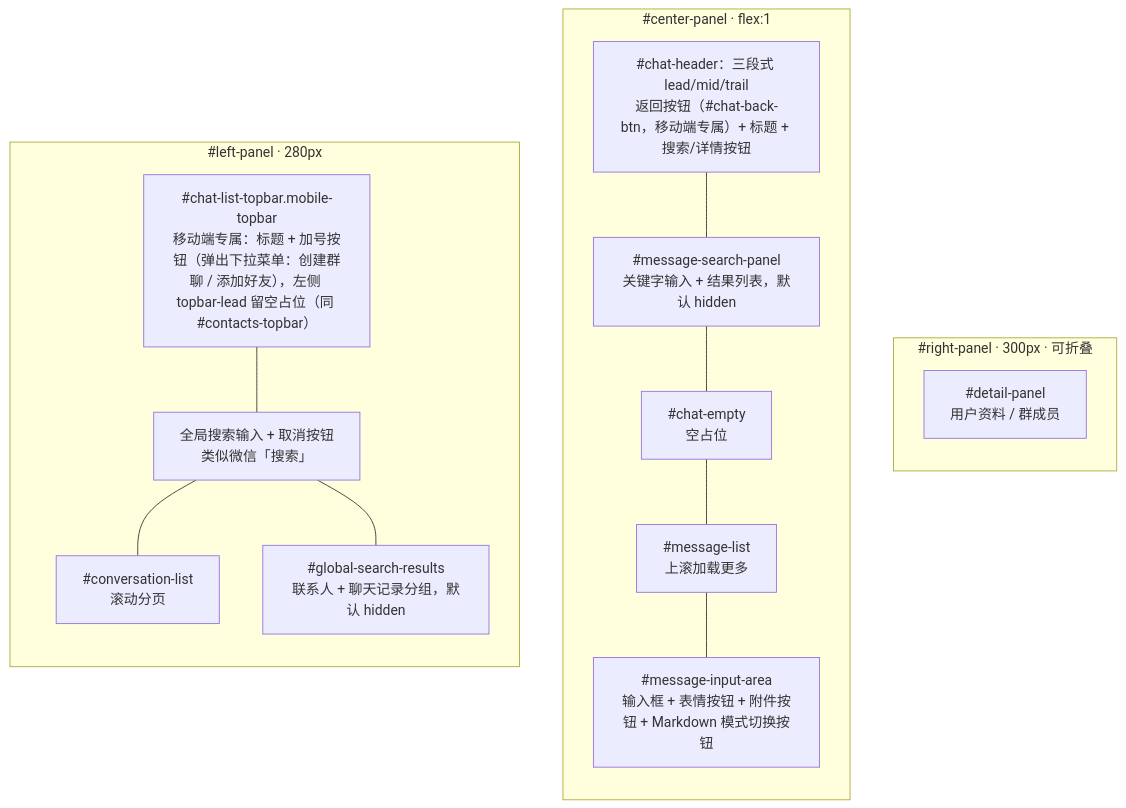
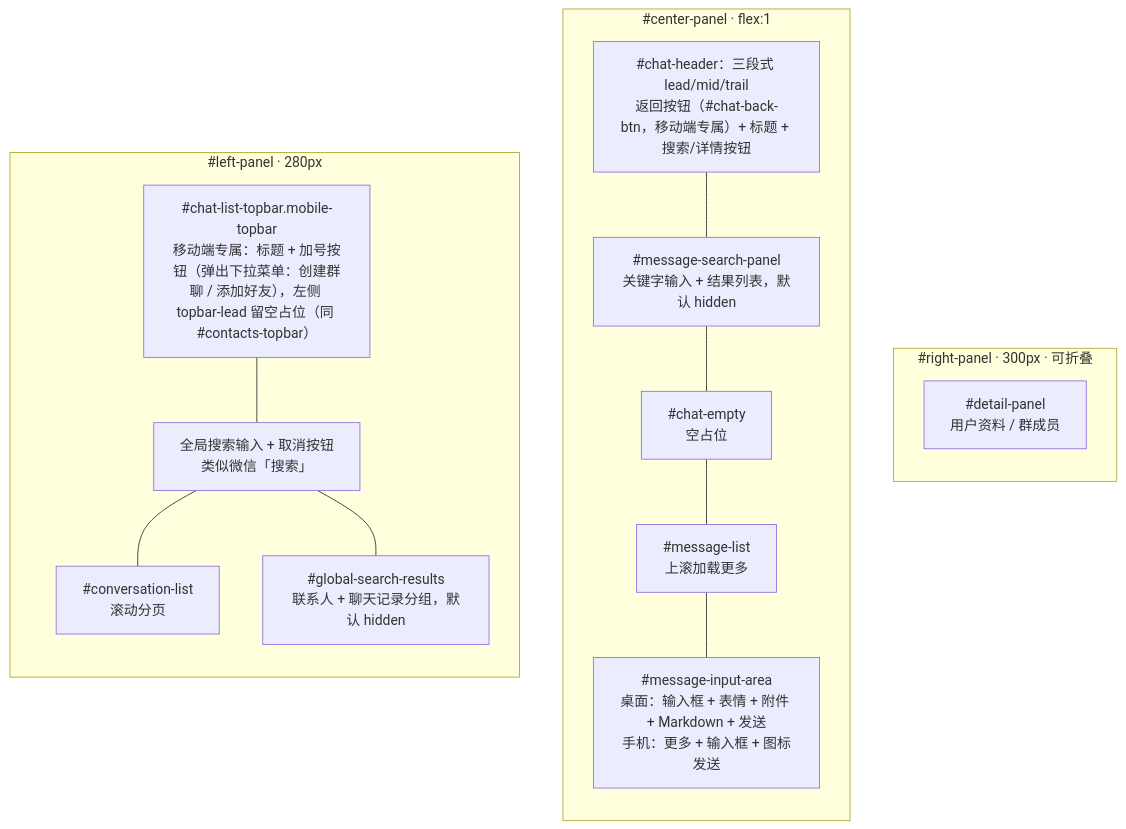
Before and after one commit to dacez/yimsg: the first of 3 diagrams in packages/uikit/docs/UI设计方案.md, drawn with Mermaid. The commit also changed other lines of this file and 7 other files, not shown here.

````diff
--- a/packages/uikit/docs/UI设计方案.md
+++ b/packages/uikit/docs/UI设计方案.md
@@ -146,28 +146,28 @@
 ```mermaid
 graph LR
     subgraph 左栏["#left-panel · 280px"]
         L0["#chat-list-topbar.mobile-topbar<br/>移动端专属：标题 + 加号按钮（弹出下拉菜单：创建群聊 / 添加好友），左侧 topbar-lead 留空占位（同 #contacts-topbar）"]
         L1["全局搜索输入 + 取消按钮<br/>类似微信「搜索」"]
         L2["#conversation-list<br/>滚动分页"]
         L3["#global-search-results<br/>联系人 + 聊天记录分组，默认 hidden"]
         L0 --- L1
         L1 --- L2
         L1 --- L3
     end
 
     subgraph 中栏["#center-panel · flex:1"]
         direction TB
         C1["#chat-header：三段式 lead/mid/trail<br/>返回按钮（#chat-back-btn，移动端专属）+ 标题 + 搜索/详情按钮"]
         C1b["#message-search-panel<br/>关键字输入 + 结果列表，默认 hidden"]
         C2["#chat-empty<br/>空占位"]
         C3["#message-list<br/>上滚加载更多"]
-        C4["#message-input-area<br/>输入框 + 表情按钮 + 附件按钮 + Markdown 模式切换按钮"]
+        C4["#message-input-area<br/>桌面：输入框 + 表情 + 附件 + Markdown + 发送<br/>手机：更多 + 输入框 + 图标发送"]
         C1 --- C1b --- C2 --- C3 --- C4
     end
 
     subgraph 右栏["#right-panel · 300px · 可折叠"]
         R1["#detail-panel<br/>用户资料 / 群成员"]
     end
 
     左栏 ~~~ 中栏 ~~~ 右栏
 ```
````
